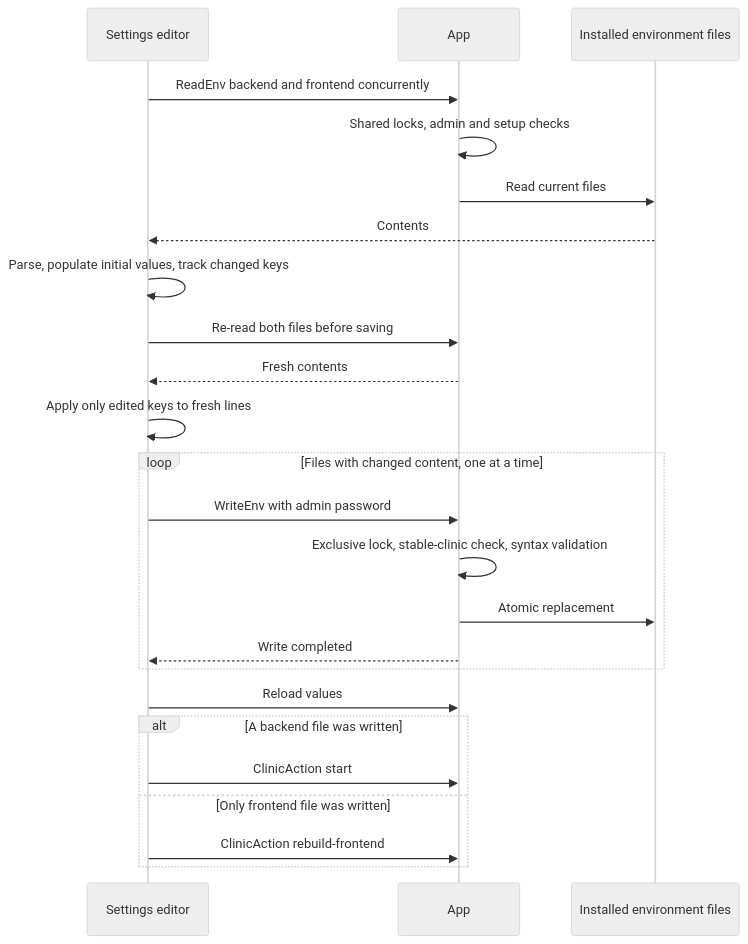
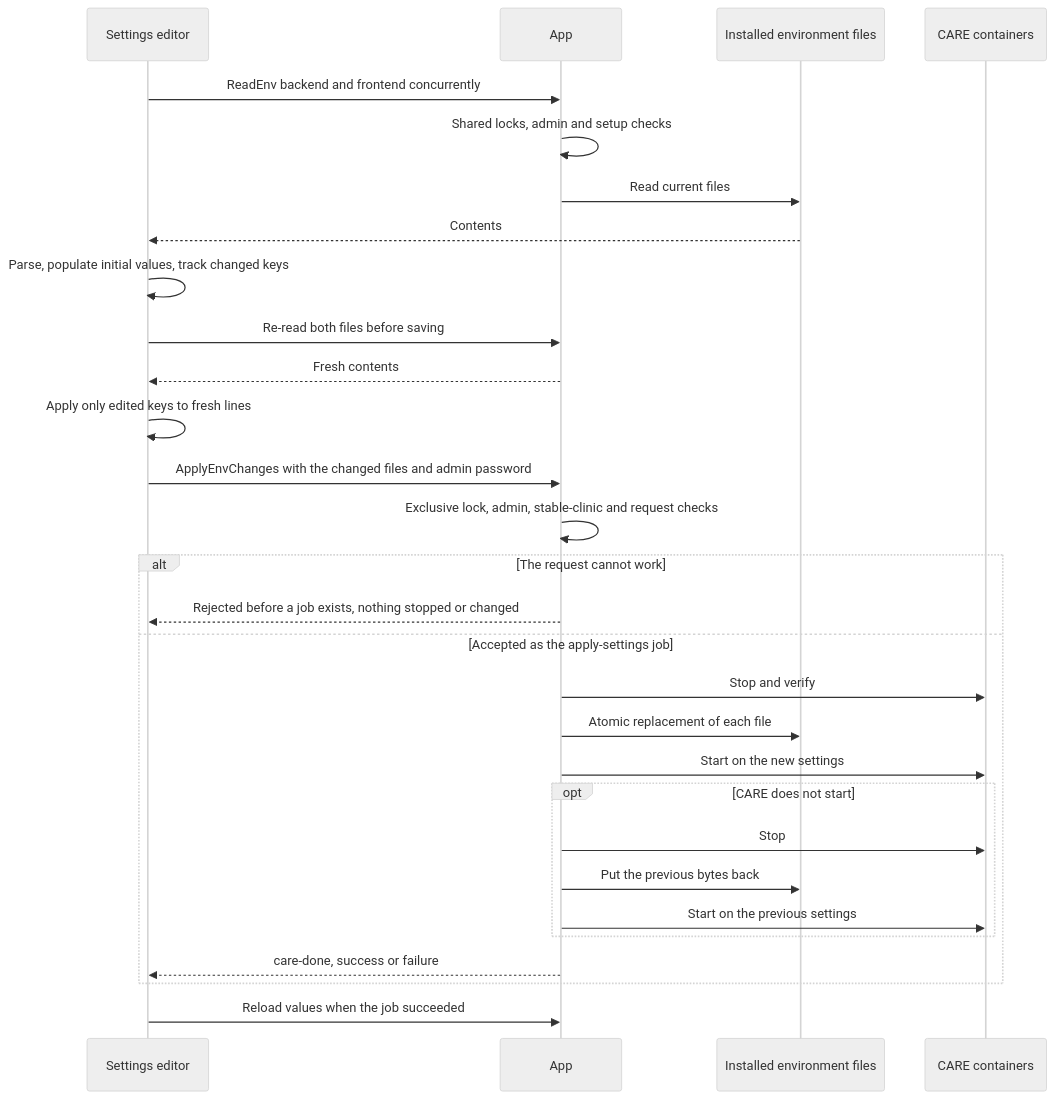
The second of 2 diagrams in docs/configuration-and-settings.md (ohcnetwork/care_clinic), drawn with Mermaid (neutral theme) before and after one commit. The commit also changed other lines of this file and 59 other files, not shown here.

First line of the commit message:
Stop CARE before starting, updating or changing settings

````diff
--- a/docs/configuration-and-settings.md
+++ b/docs/configuration-and-settings.md
@@ -255,26 +263,31 @@
 ```mermaid
 sequenceDiagram
     participant E as Settings editor
     participant A as App
     participant F as Installed environment files
+    participant C as CARE containers
     E->>A: ReadEnv backend and frontend concurrently
     A->>A: Shared locks, admin and setup checks
     A->>F: Read current files
     F-->>E: Contents
     E->>E: Parse, populate initial values, track changed keys
     E->>A: Re-read both files before saving
     A-->>E: Fresh contents
     E->>E: Apply only edited keys to fresh lines
-    loop Files with changed content, one at a time
-        E->>A: WriteEnv with admin password
-        A->>A: Exclusive lock, stable-clinic check, syntax validation
-        A->>F: Atomic replacement
-        A-->>E: Write completed
+    E->>A: ApplyEnvChanges with the changed files and admin password
+    A->>A: Exclusive lock, admin, stable-clinic and request checks
+    alt The request cannot work
+        A-->>E: Rejected before a job exists, nothing stopped or changed
+    else Accepted as the apply-settings job
+        A->>C: Stop and verify
+        A->>F: Atomic replacement of each file
+        A->>C: Start on the new settings
+        opt CARE does not start
+            A->>C: Stop
+            A->>F: Put the previous bytes back
+            A->>C: Start on the previous settings
+        end
+        A-->>E: care-done, success or failure
     end
-    E->>A: Reload values
-    alt A backend file was written
-        E->>A: ClinicAction start
-    else Only frontend file was written
-        E->>A: ClinicAction rebuild-frontend
-    end
+    E->>A: Reload values when the job succeeded
 ```
````
